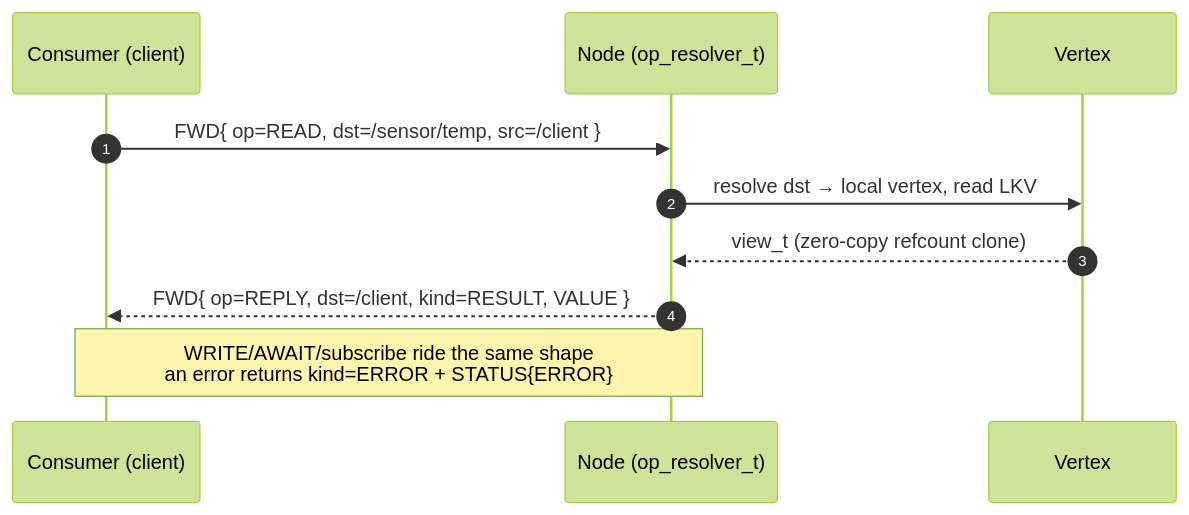
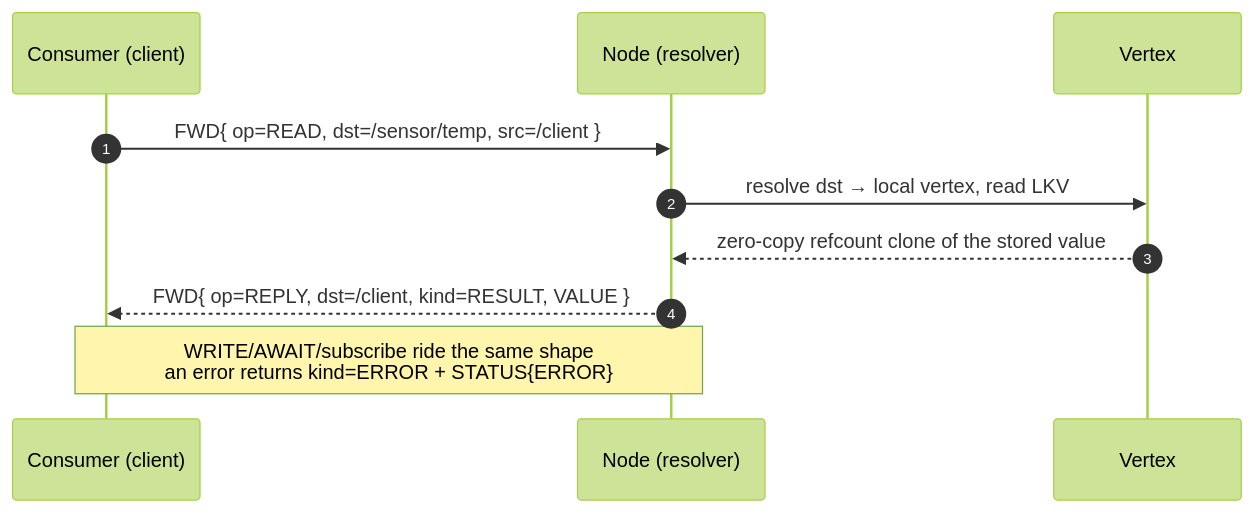
Before and after one commit to avatarsd-llc/libtracer: the fifth of 7 diagrams in docs/reference/05-protocol-tlvs.md, drawn with Mermaid (forest theme). The commit also changed other lines of this file and 45 other files, not shown here.

````diff
--- a/docs/reference/05-protocol-tlvs.md
+++ b/docs/reference/05-protocol-tlvs.md
@@ -809,12 +869,12 @@
 ```{mermaid}
 sequenceDiagram
     autonumber
     participant C as Consumer (client)
-    participant N as Node (op_resolver_t)
+    participant N as Node (resolver)
     participant V as Vertex
     C->>N: FWD{ op=READ, dst=/sensor/temp, src=/client }
     N->>V: resolve dst → local vertex, read LKV
-    V-->>N: view_t (zero-copy refcount clone)
+    V-->>N: zero-copy refcount clone of the stored value
     N-->>C: FWD{ op=REPLY, dst=/client, kind=RESULT, VALUE }
     Note over C,N: WRITE/AWAIT/subscribe ride the same shape<br/>an error returns kind=ERROR + STATUS{ERROR}
 ```
````
